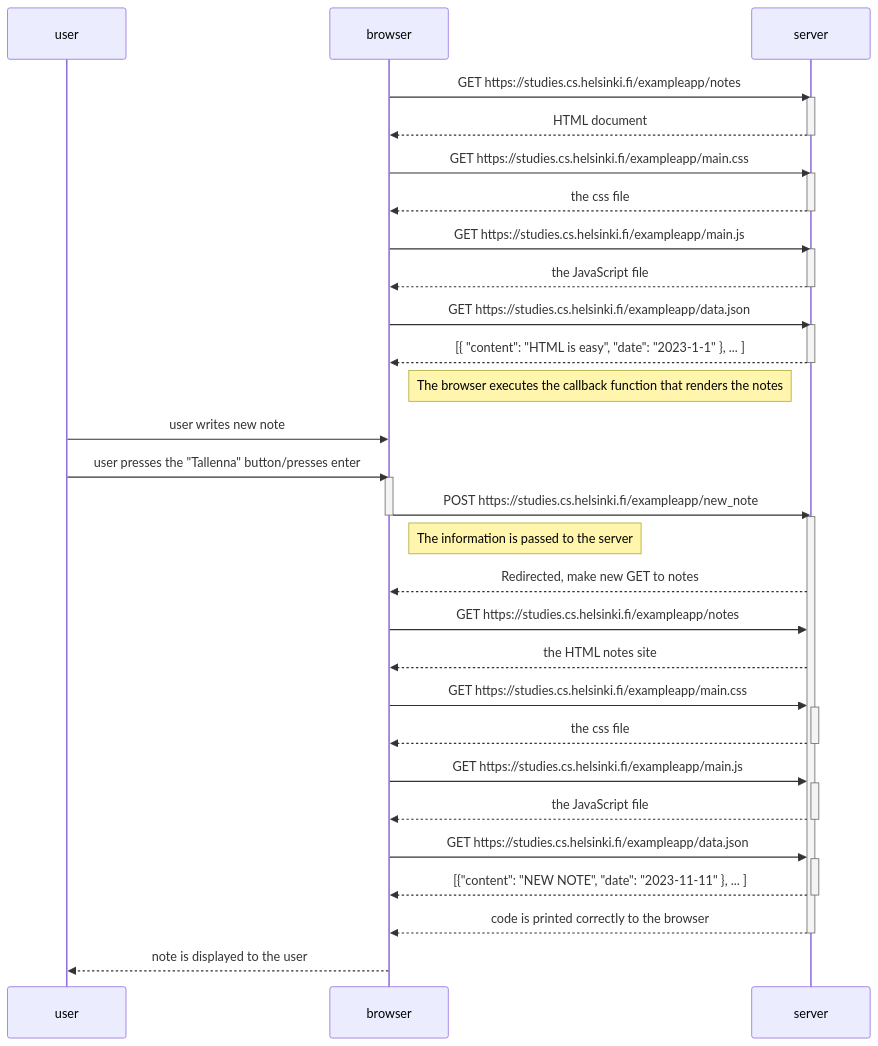
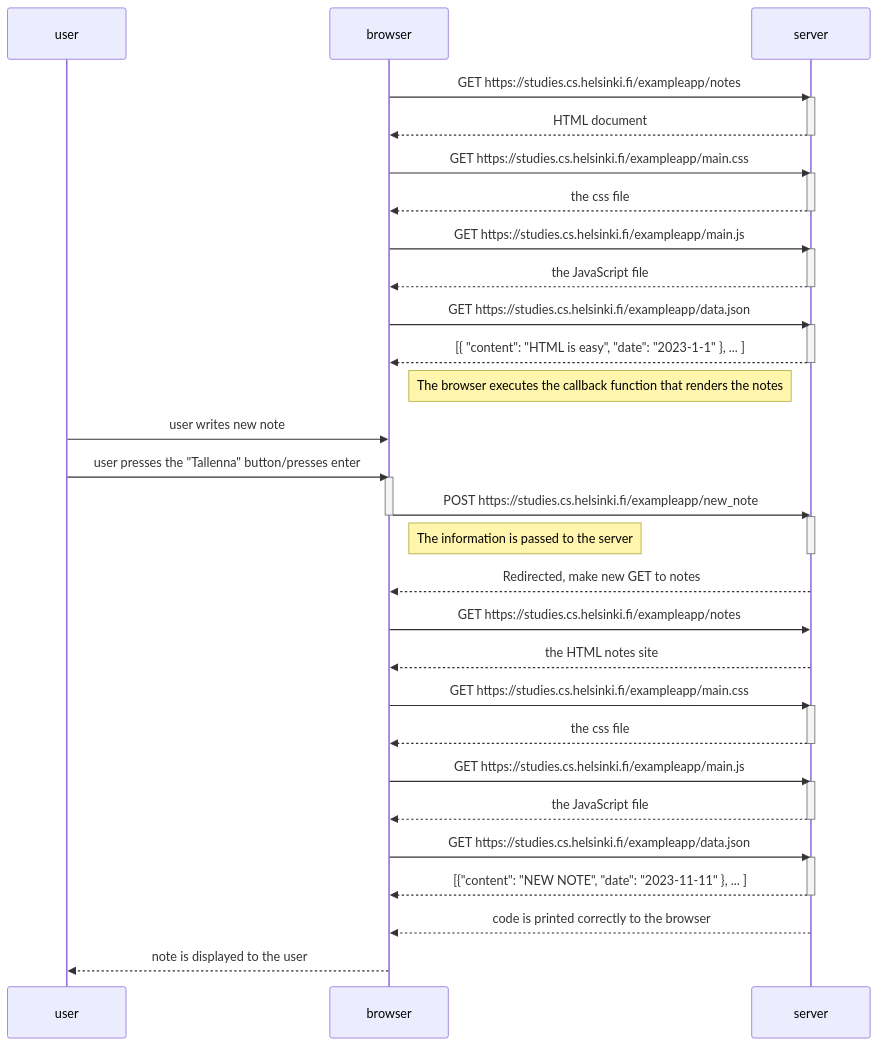
Before and after one commit to leonasihvonen/FULLSTACK: the diagram in osa0/tehtävä4.md, drawn with Mermaid. The commit also changed other lines of this file, not shown here.

Commit message:
activate deactivate server

````diff
--- a/osa0/tehtävä4.md
+++ b/osa0/tehtävä4.md
@@ -1,61 +1,61 @@
 ```mermaid
 sequenceDiagram
     participant user
     participant browser
     participant server
     
     browser->>server: GET https://studies.cs.helsinki.fi/exampleapp/notes
     activate server
     server-->>browser: HTML document
     deactivate server
     
     browser->>server: GET https://studies.cs.helsinki.fi/exampleapp/main.css
     activate server
     server-->>browser: the css file
     deactivate server
     
     browser->>server: GET https://studies.cs.helsinki.fi/exampleapp/main.js
     activate server
     server-->>browser: the JavaScript file
     deactivate server
     
     browser->>server: GET https://studies.cs.helsinki.fi/exampleapp/data.json
     activate server
     server-->>browser: [{ "content": "HTML is easy", "date": "2023-1-1" }, ... ]
     deactivate server    
 
     Note right of browser: The browser executes the callback function that renders the notes 
 
     user->>browser: user writes new note
     user->>browser: user presses the "Tallenna" button/presses enter
     activate browser
     browser->>server: POST https://studies.cs.helsinki.fi/exampleapp/new_note
     deactivate browser
     activate server
 
     Note right of browser: The information is passed to the server
 
+    deactivate server
     server-->>browser: Redirected, make new GET to notes
 
     browser->>server: GET https://studies.cs.helsinki.fi/exampleapp/notes
     server-->>browser: the HTML notes site
 
     browser->>server: GET https://studies.cs.helsinki.fi/exampleapp/main.css
     activate server
     server-->>browser: the css file
     deactivate server
     
     browser->>server: GET https://studies.cs.helsinki.fi/exampleapp/main.js
     activate server
     server-->>browser: the JavaScript file
     deactivate server
     
     browser->>server: GET https://studies.cs.helsinki.fi/exampleapp/data.json
     activate server
     server-->>browser: [{"content": "NEW NOTE", "date": "2023-11-11" }, ... ]
     deactivate server
 
     server-->>browser: code is printed correctly to the browser
-    deactivate server
     browser-->>user: note is displayed to the user
 ```
````
